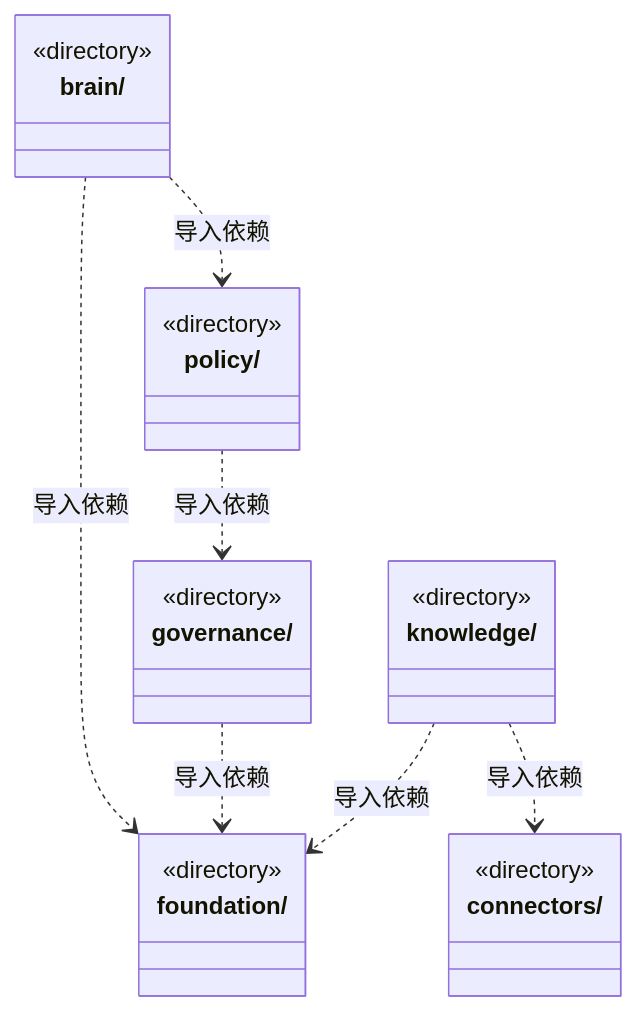
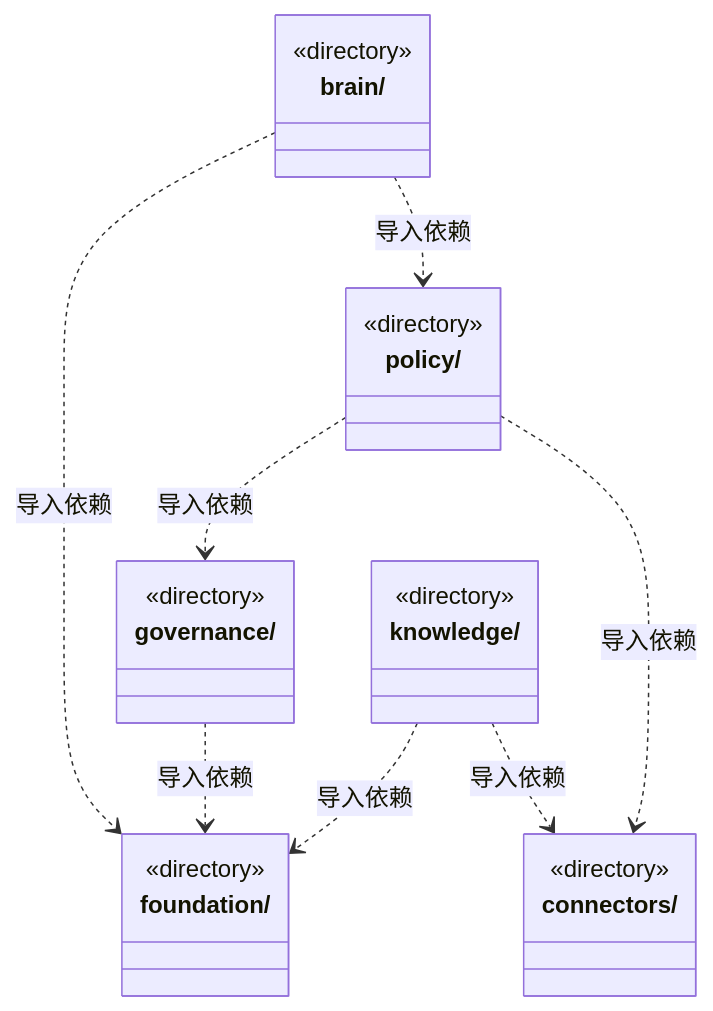
One commit to nan023062/cbim changed the first of 2 diagrams in src/backend/core/ARCHITECTURE.md. Above: the diagram before and after it, drawn with Mermaid. The commit also changed other lines of this file and 118 other files, not shown here.

````diff
--- a/src/backend/core/ARCHITECTURE.md
+++ b/src/backend/core/ARCHITECTURE.md
@@ -15,27 +15,28 @@
 ```mermaid
 classDiagram
 class N_src_backend_core_brain["brain/"] {
   <<directory>>
 }
 class N_src_backend_core_connectors["connectors/"] {
   <<directory>>
 }
 class N_src_backend_core_foundation["foundation/"] {
   <<directory>>
 }
 class N_src_backend_core_governance["governance/"] {
   <<directory>>
 }
 class N_src_backend_core_knowledge["knowledge/"] {
   <<directory>>
 }
 class N_src_backend_core_policy["policy/"] {
   <<directory>>
 }
 N_src_backend_core_brain ..> N_src_backend_core_foundation : 导入依赖
 N_src_backend_core_brain ..> N_src_backend_core_policy : 导入依赖
 N_src_backend_core_governance ..> N_src_backend_core_foundation : 导入依赖
 N_src_backend_core_knowledge ..> N_src_backend_core_foundation : 导入依赖
 N_src_backend_core_knowledge ..> N_src_backend_core_connectors : 导入依赖
 N_src_backend_core_policy ..> N_src_backend_core_governance : 导入依赖
+N_src_backend_core_policy ..> N_src_backend_core_connectors : 导入依赖
 ```
````
